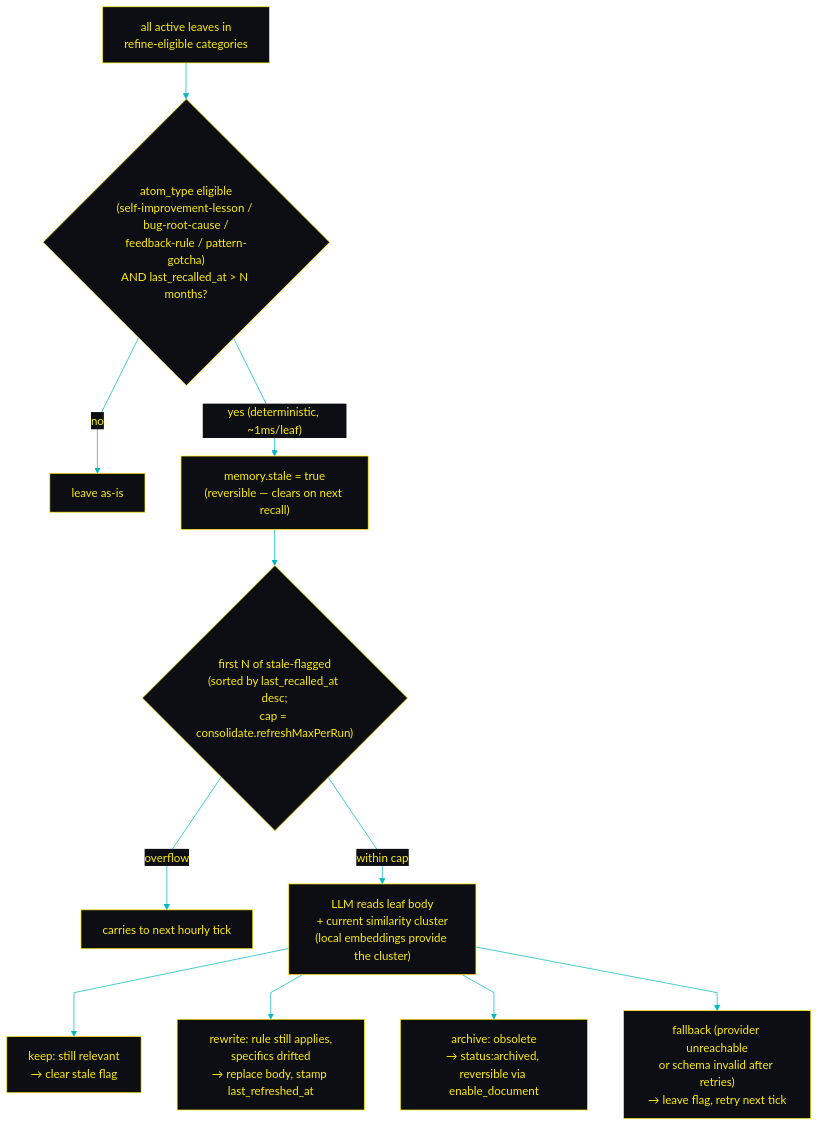
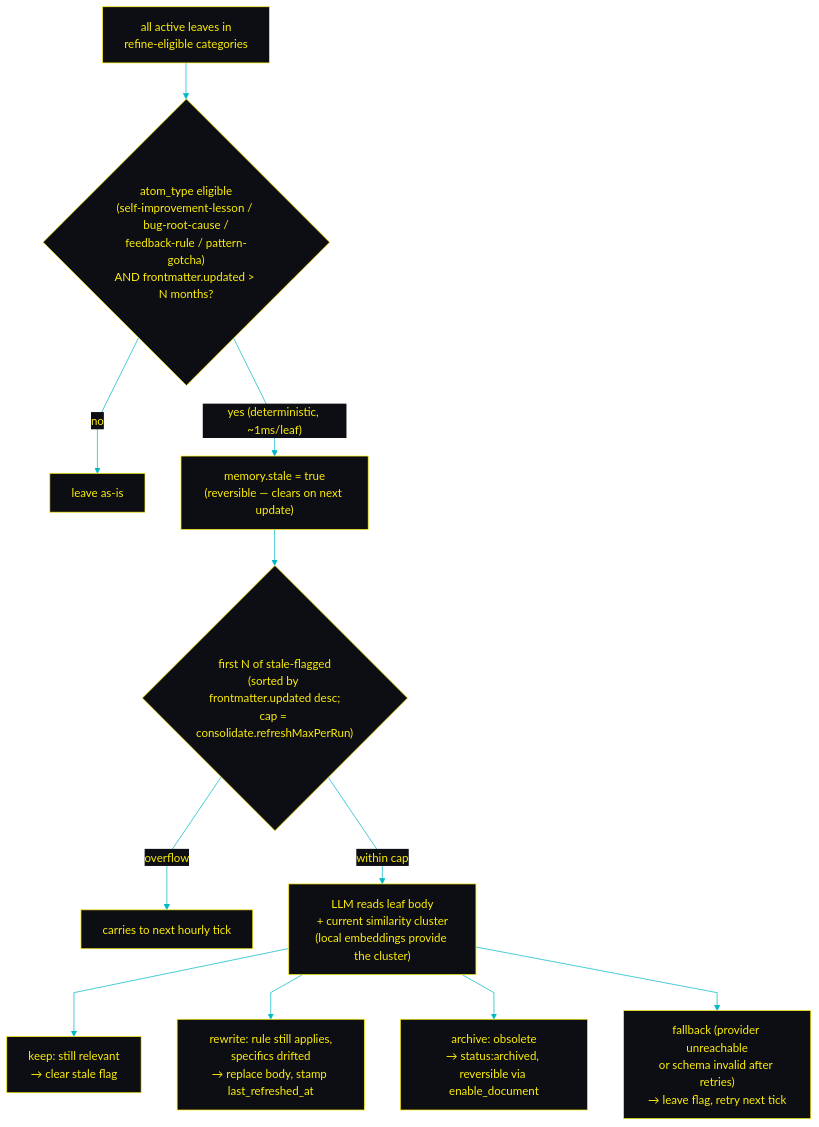
Before and after one commit to ctxr-dev/llm-wiki-memory: the fourth of 4 diagrams in README.md, drawn with Mermaid. The commit also changed other lines of this file and 27 other files, not shown here.

````diff
--- a/README.md
+++ b/README.md
@@ -294,15 +316,15 @@
 ```mermaid
 %%{init: {"theme":"base","flowchart":{"curve":"linear"},"themeVariables":{"lineColor":"#00B8C4","primaryColor":"#0D0D14","primaryTextColor":"#FCEE0A","primaryBorderColor":"#FCEE0A","secondaryColor":"#16161E","tertiaryColor":"#16161E","clusterBkg":"#16161E","clusterBorder":"#00B8C4","edgeLabelBackground":"#0D0D14","textColor":"#00B8C4"}}}%%
 flowchart TD
     A["all active leaves in<br/>refine-eligible categories"]
-    A --> B{"atom_type eligible<br/>(self-improvement-lesson / bug-root-cause /<br/>feedback-rule / pattern-gotcha)<br/>AND last_recalled_at &gt; N months?"}
+    A --> B{"atom_type eligible<br/>(self-improvement-lesson / bug-root-cause /<br/>feedback-rule / pattern-gotcha)<br/>AND frontmatter.updated &gt; N months?"}
     B -- "no" --> SKIP["leave as-is"]
-    B -- "yes (deterministic, ~1ms/leaf)" --> F["memory.stale = true<br/>(reversible — clears on next recall)"]
-    F --> CAP{"first N of stale-flagged<br/>(sorted by last_recalled_at desc;<br/>cap = consolidate.refreshMaxPerRun)"}
+    B -- "yes (deterministic, ~1ms/leaf)" --> F["memory.stale = true<br/>(reversible — clears on next update)"]
+    F --> CAP{"first N of stale-flagged<br/>(sorted by frontmatter.updated desc;<br/>cap = consolidate.refreshMaxPerRun)"}
     CAP -- "overflow" --> CARRY["carries to next hourly tick"]
     CAP -- "within cap" --> LLM["LLM reads leaf body<br/>+ current similarity cluster<br/>(local embeddings provide the cluster)"]
     LLM --> K["keep: still relevant<br/>→ clear stale flag"]
     LLM --> R["rewrite: rule still applies,<br/>specifics drifted<br/>→ replace body, stamp last_refreshed_at"]
     LLM --> AR["archive: obsolete<br/>→ status:archived, reversible via enable_document"]
     LLM --> FB["fallback (provider unreachable<br/>or schema invalid after retries)<br/>→ leave flag, retry next tick"]
 ```
````
